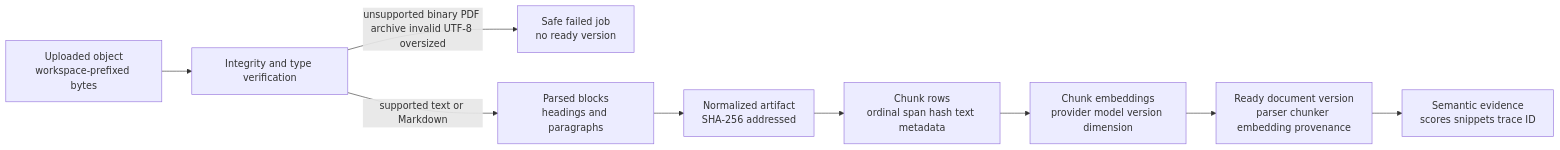
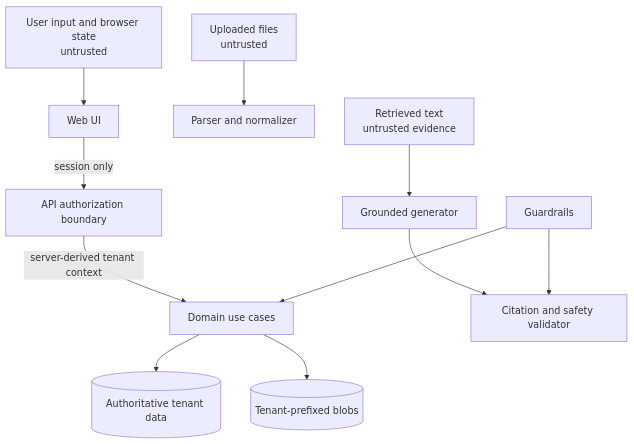
Before and after one commit to codevoks/atlas-ai: the second of 6 diagrams in docs/system-design-visuals.md, drawn with Mermaid. The commit also changed other lines of this file and 37 other files, not shown here.

````diff
--- a/docs/system-design-visuals.md
+++ b/docs/system-design-visuals.md
@@ -215,21 +28,15 @@
 ```mermaid
-flowchart LR
-    Upload[Uploaded object\nworkspace-prefixed bytes]
-    Verify[Integrity and type verification]
-    Reject[Safe failed job\nno ready version]
-    Parsed[Parsed blocks\nheadings and paragraphs]
-    Normalized[Normalized artifact\nSHA-256 addressed]
-    Chunks[Chunk rows\nordinal span hash text metadata]
-    Embeddings[Chunk embeddings\nprovider model version dimension]
-    Search[Semantic evidence\nscores snippets trace ID]
-    Ready[Ready document version\nparser chunker embedding provenance]
+flowchart TB
+    User[User input and browser state\nuntrusted] --> Web[Web UI]
+    Web -->|session only| API[API authorization boundary]
+    API -->|server-derived tenant context| Domain[Domain use cases]
+    Domain --> Postgres[(Authoritative tenant data)]
+    Domain --> ObjectStore[(Tenant-prefixed blobs)]
 
-    Upload --> Verify
-    Verify -->|unsupported binary PDF archive invalid UTF-8 oversized| Reject
-    Verify -->|supported text or Markdown| Parsed
-    Parsed --> Normalized
-    Normalized --> Chunks
-    Chunks --> Embeddings
-    Embeddings --> Ready
-    Ready --> Search
+    Uploaded[Uploaded files\nuntrusted] --> Parser[Parser and normalizer]
+    Retrieved[Retrieved text\nuntrusted evidence] --> Generator[Grounded generator]
+    Generator --> Validator[Citation and safety validator]
+
+    Security[Guardrails] --> Domain
+    Security --> Validator
 ```
````
